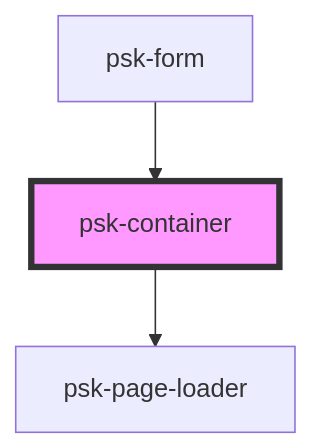
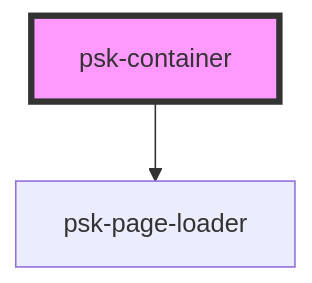
Before and after one commit to daniel-visoiu/cardinal: the diagram in src/components/psk-container/readme.md, drawn with Mermaid. The commit also changed other lines of this file and 39 other files, not shown here.

Commit message:
refactored psk-form and psk-form-row

````diff
--- a/src/components/psk-container/readme.md
+++ b/src/components/psk-container/readme.md
@@ -28,6 +24,5 @@
 ```mermaid
 graph TD;
   psk-container --> psk-page-loader
-  psk-form --> psk-container
   style psk-container fill:#f9f,stroke:#333,stroke-width:4px
 ```
````
